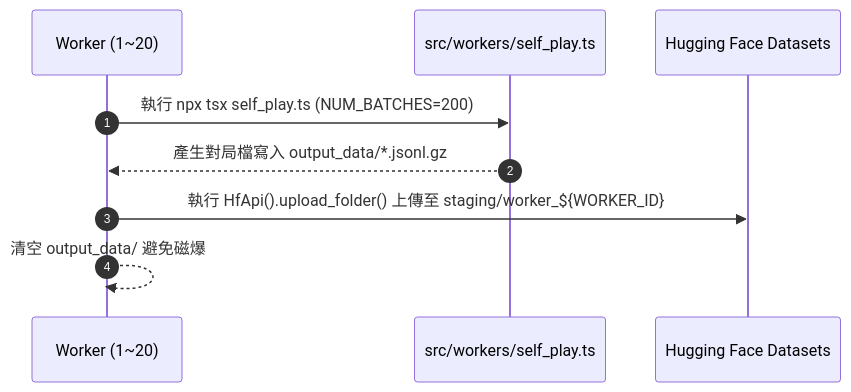
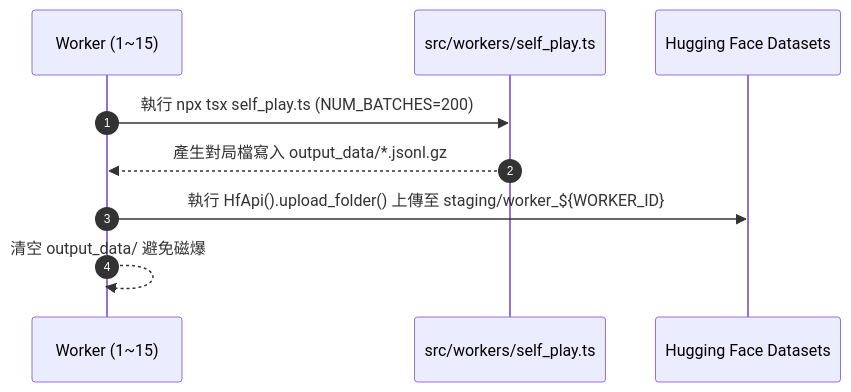
One commit to hub-google/DarkChess-NNUE changed the first of 2 diagrams in docs/requirements/07_GitHub_Actions_執行流程與腳本對照.md. Above: the diagram before and after it, drawn with Mermaid. The commit also changed other lines of this file and 2 other files, not shown here.

````diff
--- a/docs/requirements/07_GitHub_Actions_執行流程與腳本對照.md
+++ b/docs/requirements/07_GitHub_Actions_執行流程與腳本對照.md
@@ -26,12 +26,12 @@
 ```mermaid
 sequenceDiagram
     autonumber
-    participant W as Worker (1~20)
+    participant W as Worker (1~15)
     participant TS as src/workers/self_play.ts
     participant HF as Hugging Face Datasets
     
     W->>TS: 執行 npx tsx self_play.ts (NUM_BATCHES=200)
     TS-->>W: 產生對局檔寫入 output_data/*.jsonl.gz
     W->>HF: 執行 HfApi().upload_folder() 上傳至 staging/worker_${WORKER_ID}
     W-->>W: 清空 output_data/ 避免磁爆
 ```
````
